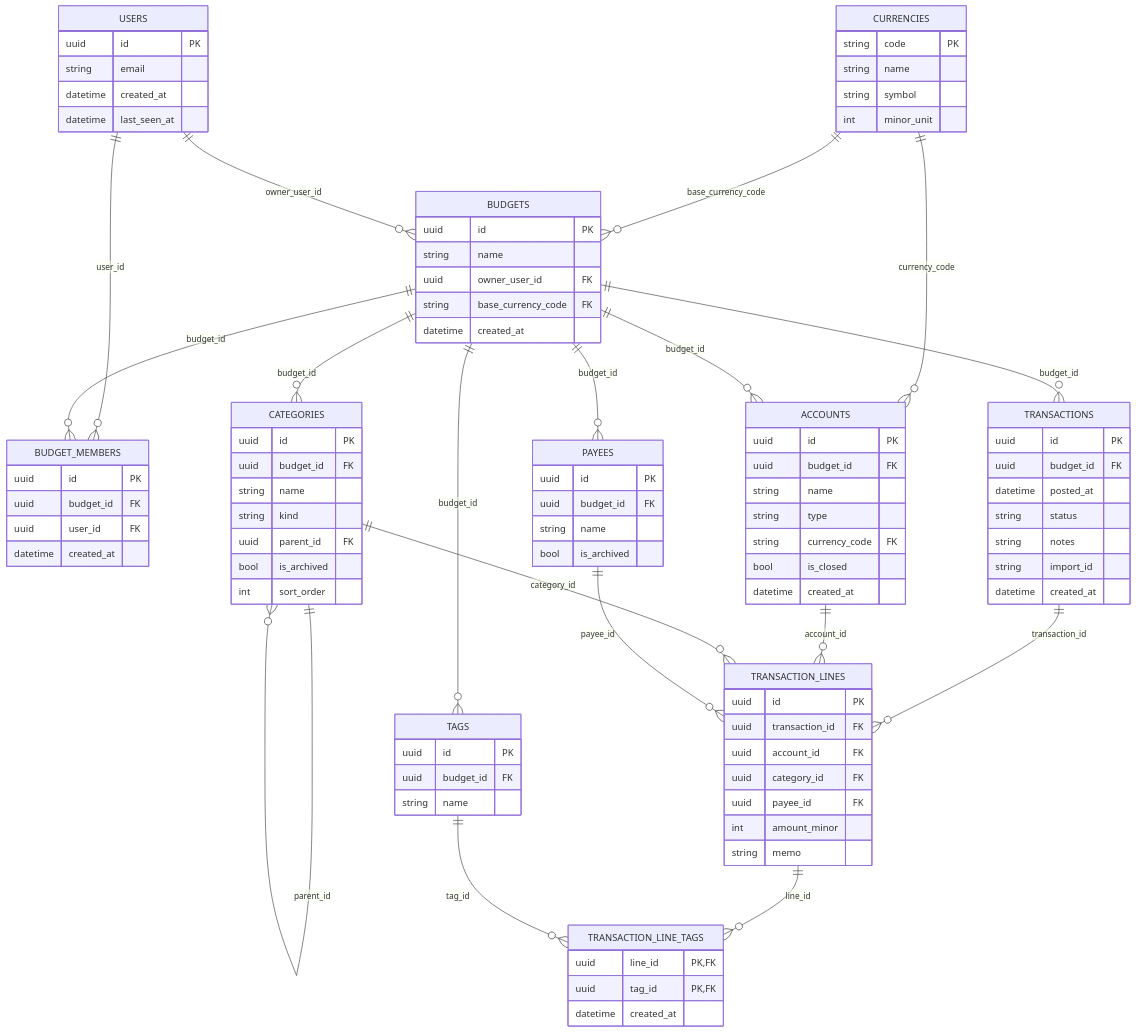
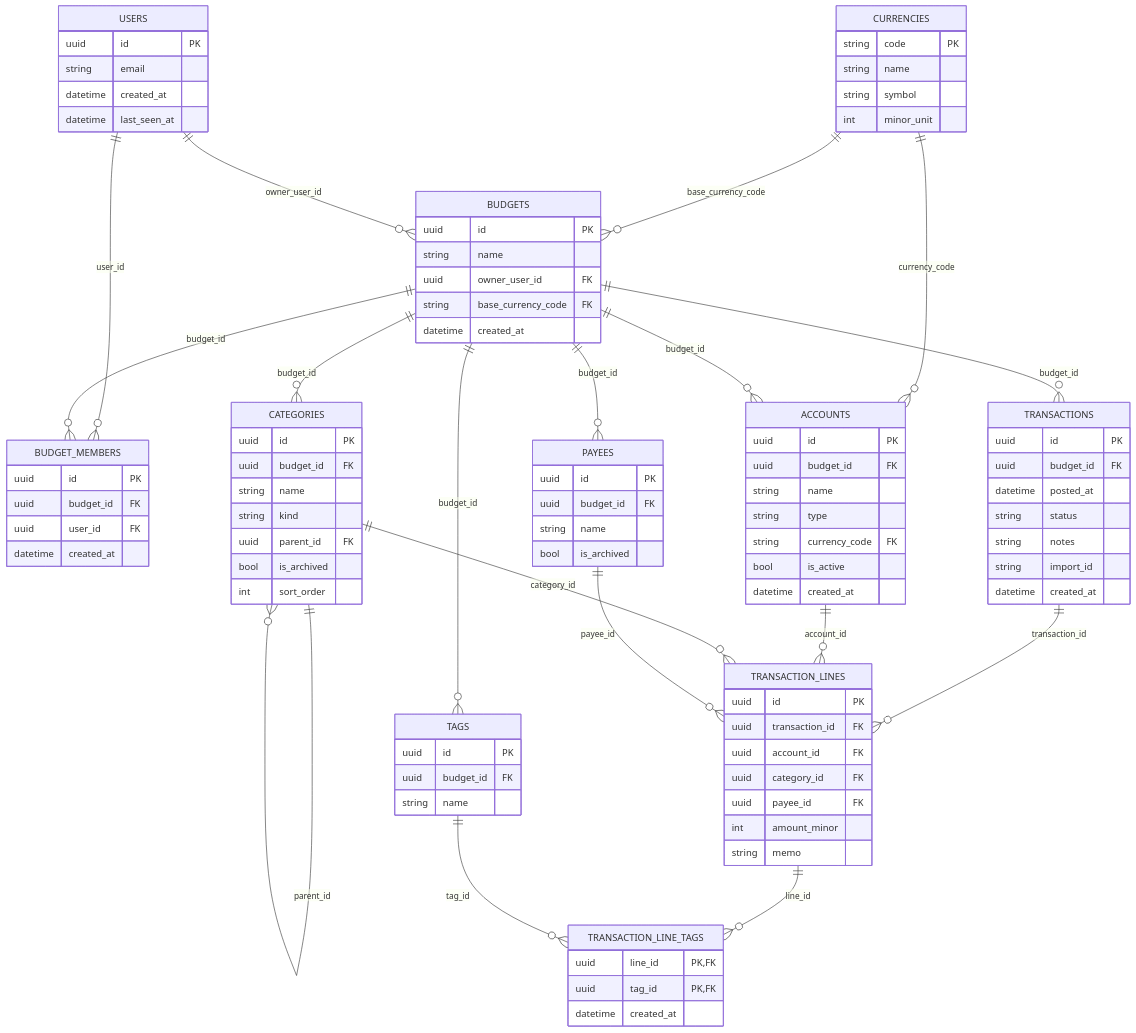
Before and after one commit to MasonFlint44/budgetbros-budget-api: the diagram in diagrams/tables.mmd, drawn with Mermaid. The commit also changed 20 other files, not shown here.

```diff
--- a/diagrams/tables.mmd
+++ b/diagrams/tables.mmd
@@ -1,112 +1,112 @@
 erDiagram
   CURRENCIES {
     string code PK
     string name
     string symbol
     int minor_unit
   }
 
   USERS {
     uuid id PK
     string email
     datetime created_at
     datetime last_seen_at
   }
 
   BUDGETS {
     uuid id PK
     string name
     uuid owner_user_id FK
     string base_currency_code FK
     datetime created_at
   }
 
   BUDGET_MEMBERS {
     uuid id PK
     uuid budget_id FK
     uuid user_id FK
     datetime created_at
   }
 
   ACCOUNTS {
     uuid id PK
     uuid budget_id FK
     string name
     string type
     string currency_code FK
-    bool is_closed
+    bool is_active
     datetime created_at
   }
 
   CATEGORIES {
     uuid id PK
     uuid budget_id FK
     string name
     string kind
     uuid parent_id FK
     bool is_archived
     int sort_order
   }
 
   PAYEES {
     uuid id PK
     uuid budget_id FK
     string name
     bool is_archived
   }
 
   TRANSACTIONS {
     uuid id PK
     uuid budget_id FK
     datetime posted_at
     string status
     string notes
     string import_id
     datetime created_at
   }
 
   TRANSACTION_LINES {
     uuid id PK
     uuid transaction_id FK
     uuid account_id FK
     uuid category_id FK
     uuid payee_id FK
     int amount_minor
     string memo
   }
 
   TAGS {
     uuid id PK
     uuid budget_id FK
     string name
   }
 
   TRANSACTION_LINE_TAGS {
     uuid line_id PK, FK
     uuid tag_id PK, FK
     datetime created_at
   }
 
   CURRENCIES ||--o{ BUDGETS : base_currency_code
   CURRENCIES ||--o{ ACCOUNTS : currency_code
 
   USERS ||--o{ BUDGET_MEMBERS : user_id
   BUDGETS ||--o{ BUDGET_MEMBERS : budget_id
 
   USERS ||--o{ BUDGETS : owner_user_id
 
   BUDGETS ||--o{ ACCOUNTS : budget_id
   BUDGETS ||--o{ CATEGORIES : budget_id
   BUDGETS ||--o{ PAYEES : budget_id
   BUDGETS ||--o{ TRANSACTIONS : budget_id
   BUDGETS ||--o{ TAGS : budget_id
 
   CATEGORIES ||--o{ CATEGORIES : parent_id
 
   TRANSACTIONS ||--o{ TRANSACTION_LINES : transaction_id
   ACCOUNTS ||--o{ TRANSACTION_LINES : account_id
   CATEGORIES ||--o{ TRANSACTION_LINES : category_id
   PAYEES ||--o{ TRANSACTION_LINES : payee_id
 
   TRANSACTION_LINES ||--o{ TRANSACTION_LINE_TAGS : line_id
   TAGS ||--o{ TRANSACTION_LINE_TAGS : tag_id
```
